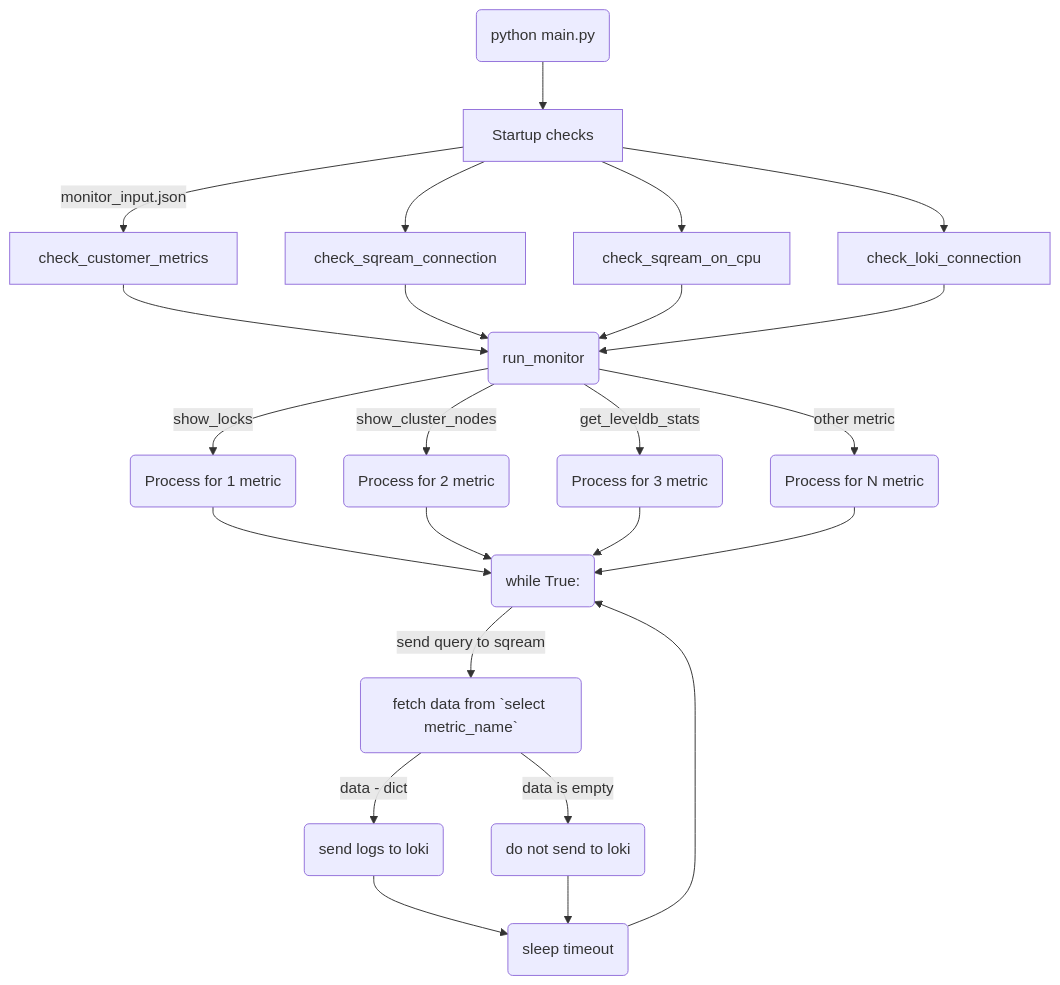
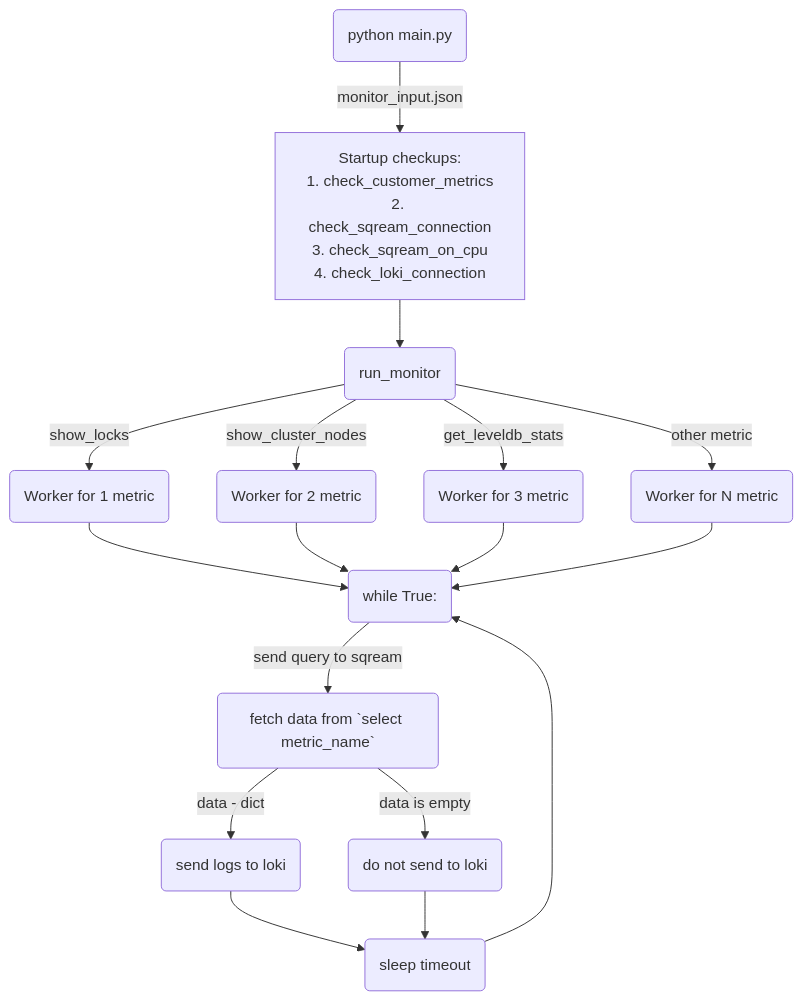
One commit to honsour72/monitor_service changed the diagram in README.md. Above: the diagram before and after it, drawn with Mermaid. The commit also changed other lines of this file and 3 other files, not shown here.

Commit message:
feat: add skip loki sending logic + add `reset_leveldb_stats` metric + improove README

````diff
--- a/README.md
+++ b/README.md
@@ -156,26 +156,19 @@
 ```mermaid
 graph TB
-A(python main.py) --> B[Startup checks]
-B -->|monitor_input.json| B1[check_customer_metrics]
-B --> B2[check_sqream_connection]
-B --> B3[check_sqream_on_cpu]
-B --> B4[check_loki_connection]
-B1 --> C(run_monitor)
-B2 --> C(run_monitor)
-B3 --> C(run_monitor)
-B4 --> C(run_monitor)
-C --> |show_locks| D1(Process for 1 metric)
-C --> |show_cluster_nodes| D2(Process for 2 metric)
-C --> |get_leveldb_stats| D3(Process for 3 metric)
-C --> |other metric| D4(Process for N metric)
+A(python main.py) --> |monitor_input.json| B[Startup checkups:\n1. check_customer_metrics\n2. check_sqream_connection\n3. check_sqream_on_cpu\n4. check_loki_connection]
+B --> C(run_monitor)
+C --> |show_locks| D1(Worker for 1 metric)
+C --> |show_cluster_nodes| D2(Worker for 2 metric)
+C --> |get_leveldb_stats| D3(Worker for 3 metric)
+C --> |other metric| D4(Worker for N metric)
 D1 --> E(while True:)
 D2 --> E(while True:)
 D3 --> E(while True:)
 D4 --> E(while True:)
 E --> |send query to sqream| F(fetch data from `select metric_name`)
 F --> |data is empty| S(do not send to loki)
 G --> H(sleep timeout)
 F --> |data - dict| G(send logs to loki)
 S --> H
 H --> E
 ```
````
